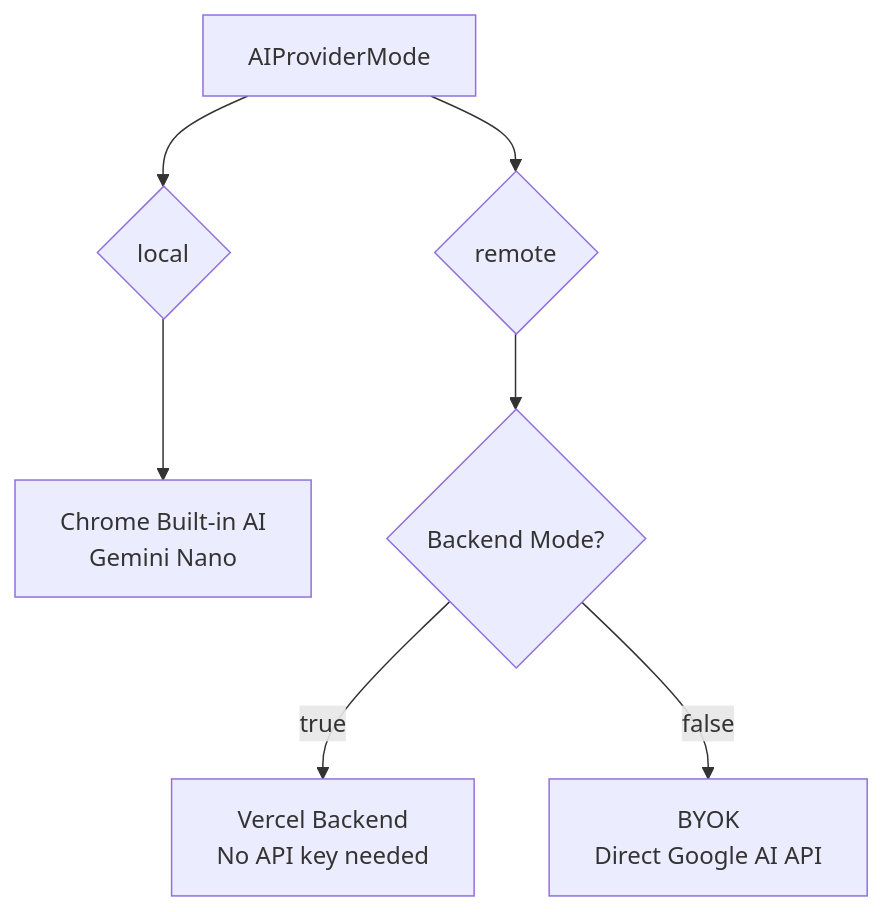
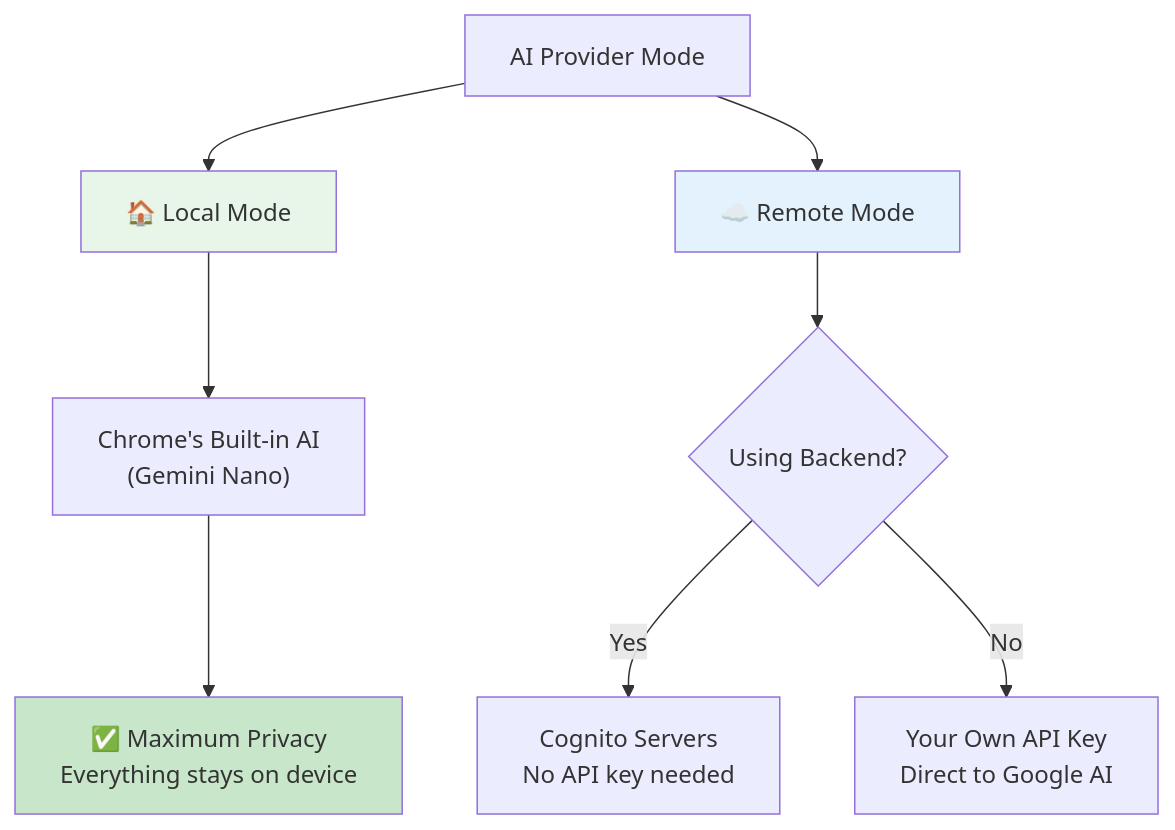
The second of 7 diagrams in apps/docs/content/docs/configuration/modes-and-feature-flags.mdx (codewarnab/cognito-ai), drawn with Mermaid before and after one commit. The commit also changed other lines of this file and 28 other files, not shown here.

First line of the commit message:
Add sequence diagrams for backend modes, BYOK flow, MCP connection states, message flows, and WebMCP message sequences

````diff
--- a/apps/docs/content/docs/configuration/modes-and-feature-flags.mdx
+++ b/apps/docs/content/docs/configuration/modes-and-feature-flags.mdx
@@ -23,9 +33,16 @@
 ```mermaid
-graph TD
-    A[AIProviderMode] --> B{local}
-    A --> C{remote}
-    B --> D[Chrome Built-in AI<br/>Gemini Nano]
-    C --> E{Backend Mode?}
-    E -->|true| F[Vercel Backend<br/>No API key needed]
-    E -->|false| G[BYOK<br/>Direct Google AI API]
+flowchart TD
+    START["AI Provider Mode"] --> LOCAL["🏠 Local Mode"]
+    START --> REMOTE["☁️ Remote Mode"]
+    
+    LOCAL --> NANO["Chrome's Built-in AI<br/>(Gemini Nano)"]
+    NANO --> PRIVACY["✅ Maximum Privacy<br/>Everything stays on device"]
+    
+    REMOTE --> BACKEND{"Using Backend?"}
+    BACKEND -->|"Yes"| VERCEL["Cognito Servers<br/>No API key needed"]
+    BACKEND -->|"No"| BYOK["Your Own API Key<br/>Direct to Google AI"]
+    
+    style LOCAL fill:#e8f5e9
+    style REMOTE fill:#e3f2fd
+    style PRIVACY fill:#c8e6c9
 ```
````
